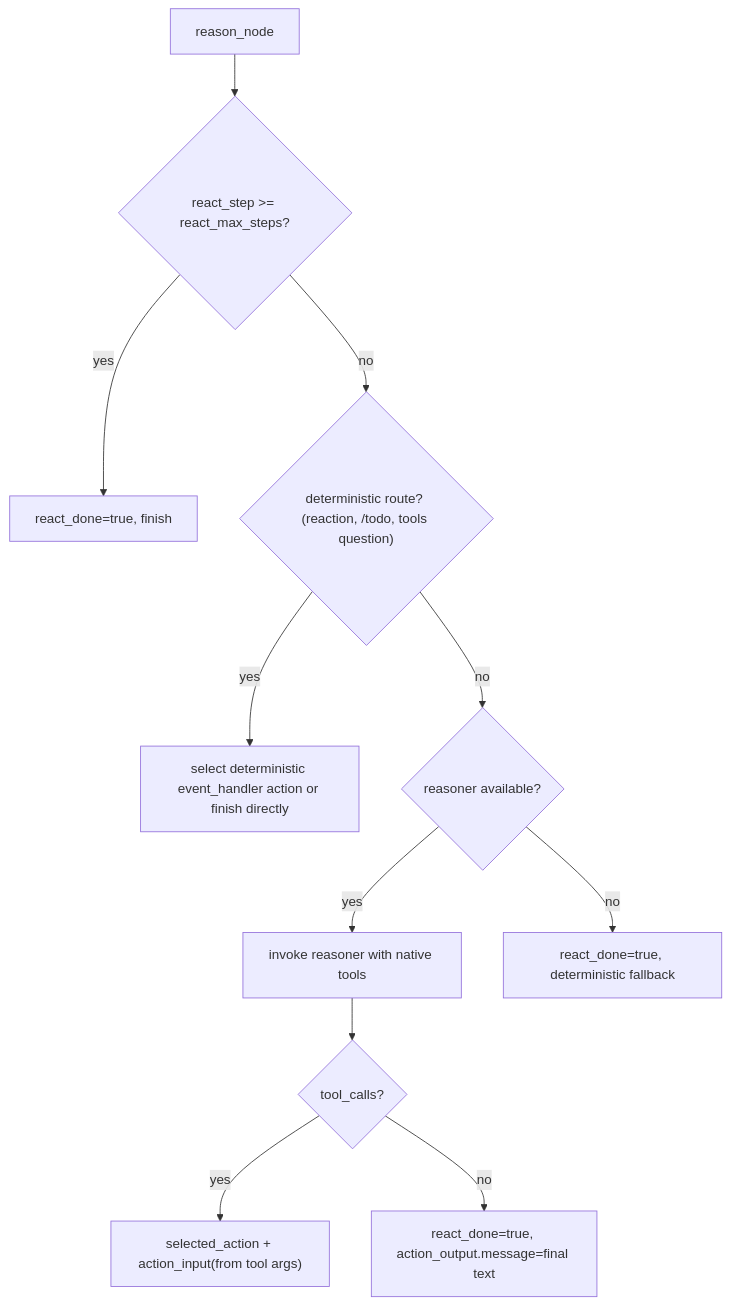
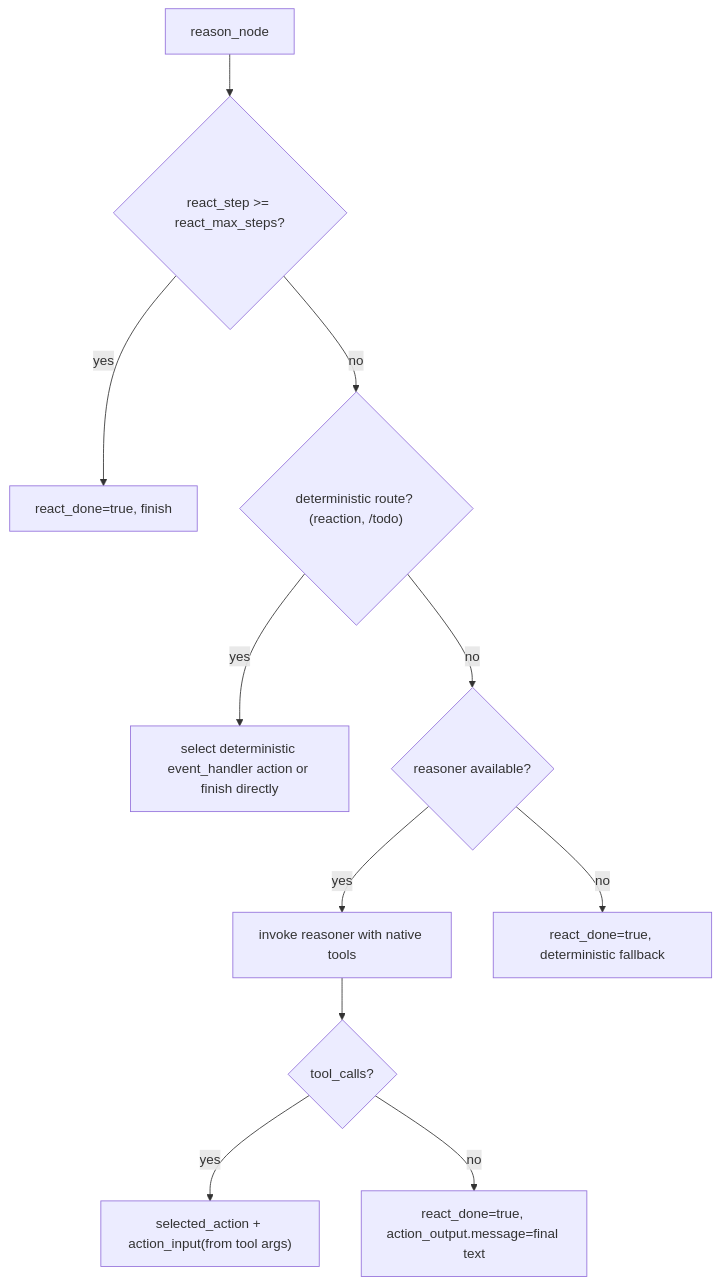
The second of 2 diagrams in docs/agent-core-algorithm.md (nigelleong0703/teambot), drawn with Mermaid before and after one commit. The commit also changed other lines of this file and 27 other files, not shown here.

````diff
--- a/docs/agent-core-algorithm.md
+++ b/docs/agent-core-algorithm.md
@@ -47,13 +47,13 @@
 ```mermaid
 flowchart TD
     R0["reason_node"] --> R1{"react_step >= react_max_steps?"}
     R1 -- "yes" --> R1D["react_done=true, finish"]
-    R1 -- "no" --> R2{"deterministic route? (reaction, /todo, tools question)"}
+    R1 -- "no" --> R2{"deterministic route? (reaction, /todo)"}
     R2 -- "yes" --> R2A["select deterministic event_handler action or finish directly"]
     R2 -- "no" --> R3{"reasoner available?"}
     R3 -- "yes" --> R4["invoke reasoner with native tools"]
     R4 --> R5{"tool_calls?"}
     R5 -- "yes" --> R5B["selected_action + action_input(from tool args)"]
     R5 -- "no" --> R5A["react_done=true, action_output.message=final text"]
     R3 -- "no" --> R6["react_done=true, deterministic fallback"]
 ```
````
